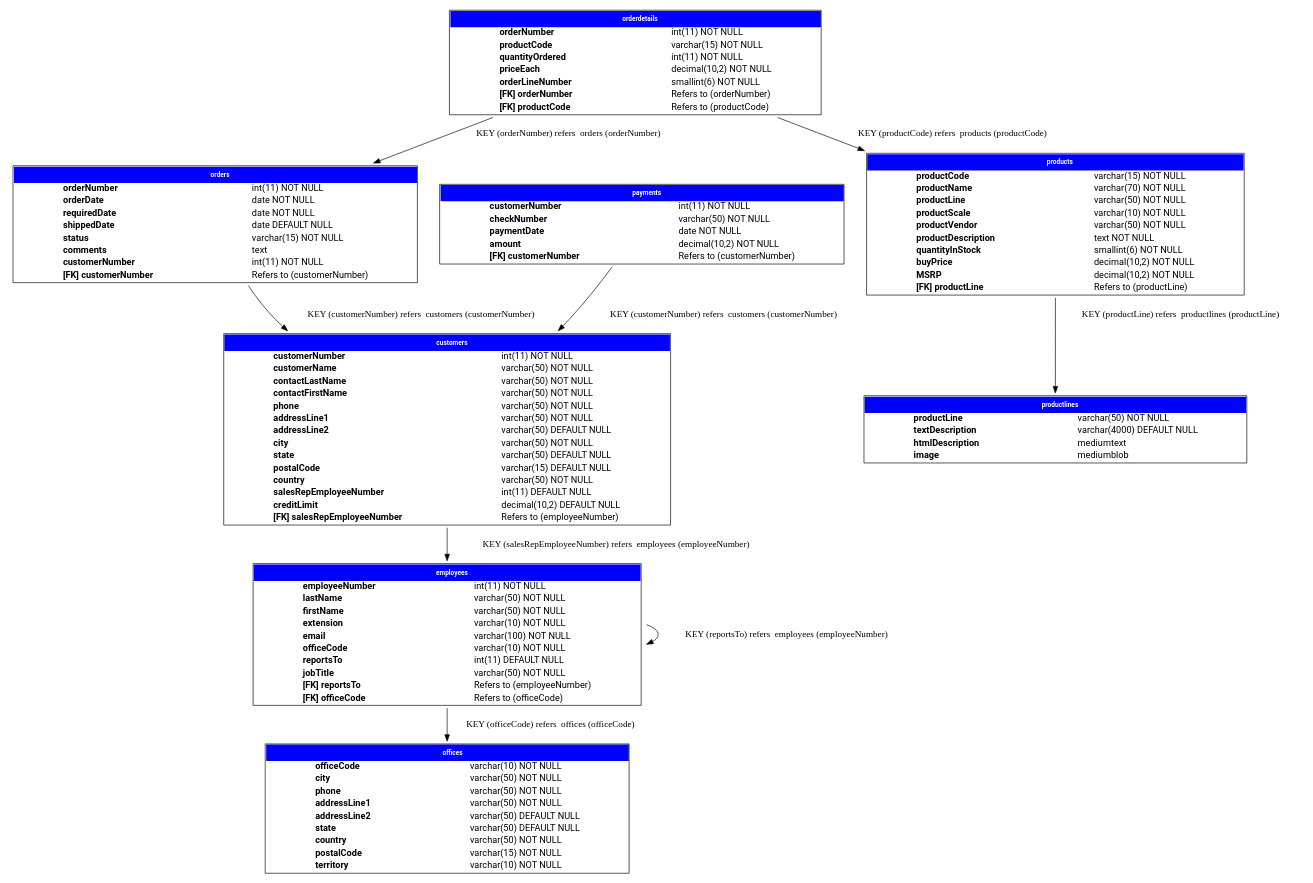
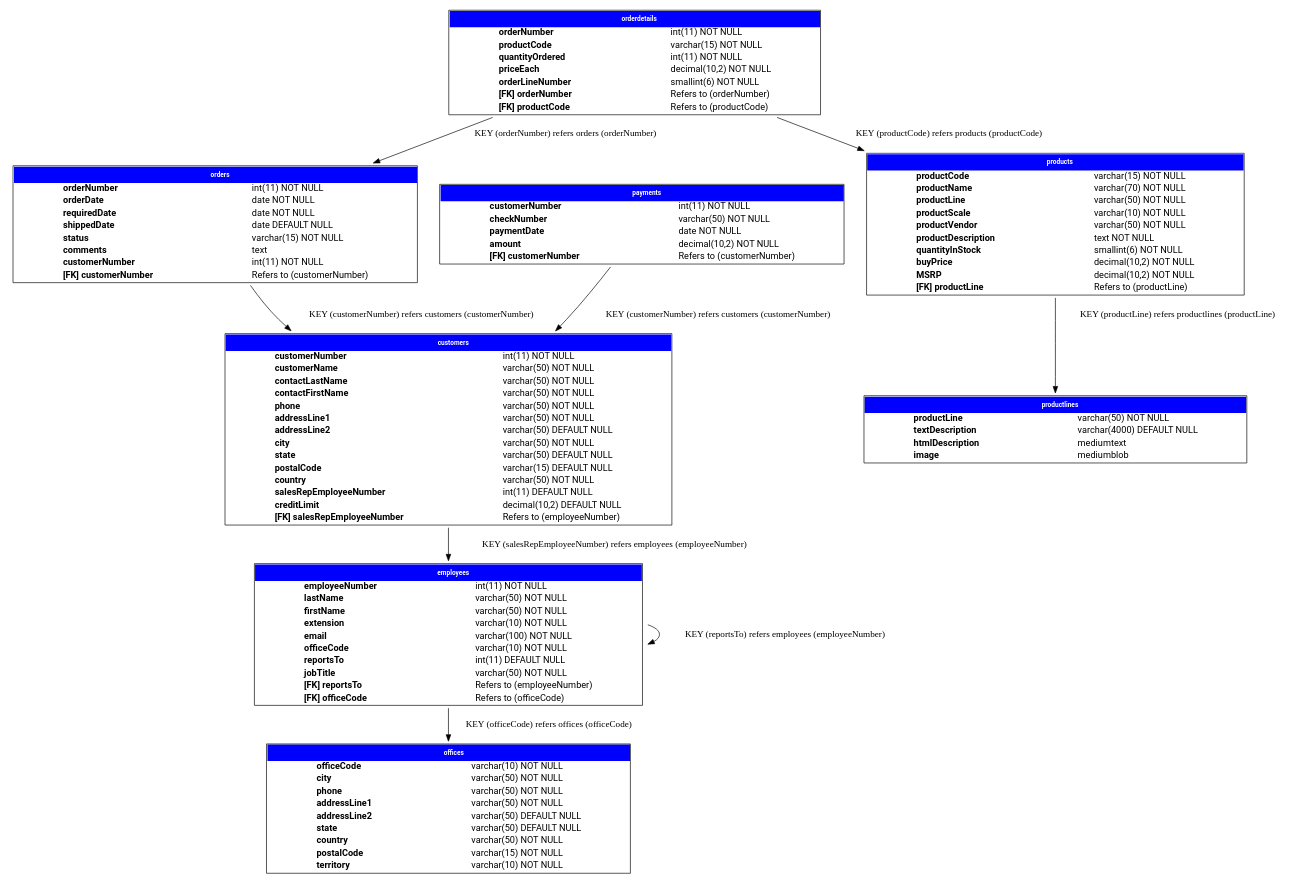
The diagram in output.dot (nag763/doteur), drawn with Graphviz before and after one commit. The commit also changed 1 other file, not shown here.

```diff
--- a/output.dot
+++ b/output.dot
@@ -409,14 +409,14 @@
                 </TD><TD ALIGN="LEFT">
                 <FONT FACE="Roboto">Refers to (productLine)</FONT>
                 </TD></TR>
-</TABLE> >]customers ->  employees  [label=" KEY (salesRepEmployeeNumber) refers  employees (employeeNumber)"]
-employees ->  employees  [label=" KEY (reportsTo) refers  employees (employeeNumber)"]
-employees ->  offices  [label=" KEY (officeCode) refers  offices (officeCode)"]
+</TABLE> >]customers ->  employees  [label="KEY (salesRepEmployeeNumber) refers employees (employeeNumber)"]
+employees ->  employees  [label="KEY (reportsTo) refers employees (employeeNumber)"]
+employees ->  offices  [label="KEY (officeCode) refers offices (officeCode)"]
 
-orderdetails ->  orders  [label=" KEY (orderNumber) refers  orders (orderNumber)"]
-orderdetails ->  products  [label=" KEY (productCode) refers  products (productCode)"]
-orders ->  customers  [label=" KEY (customerNumber) refers  customers (customerNumber)"]
-payments ->  customers  [label=" KEY (customerNumber) refers  customers (customerNumber)"]
+orderdetails ->  orders  [label="KEY (orderNumber) refers orders (orderNumber)"]
+orderdetails ->  products  [label="KEY (productCode) refers products (productCode)"]
+orders ->  customers  [label="KEY (customerNumber) refers customers (customerNumber)"]
+payments ->  customers  [label="KEY (customerNumber) refers customers (customerNumber)"]
 
-products ->  productlines  [label=" KEY (productLine) refers  productlines (productLine)"]
+products ->  productlines  [label="KEY (productLine) refers productlines (productLine)"]
 }
```
